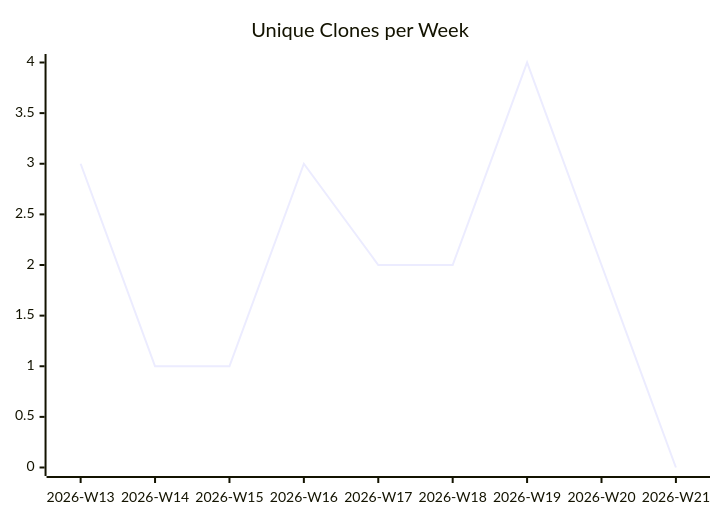
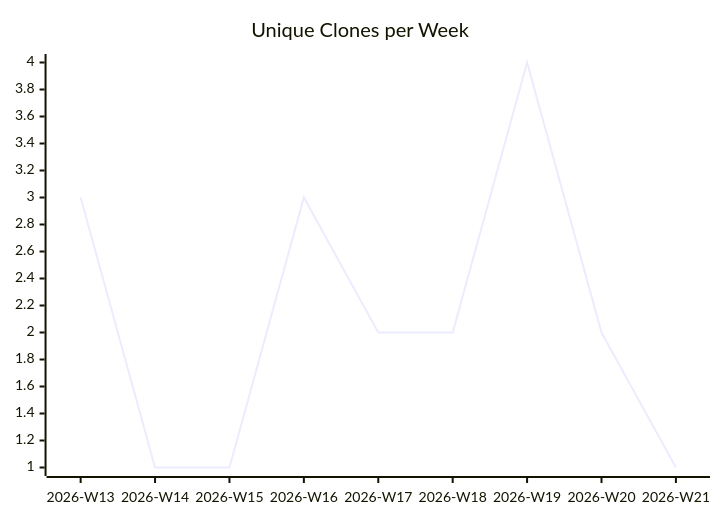
Before and after one commit to justdavis-family/github-analytics-data: the third of 3 diagrams in karlmdavis/perfect-note/README.md, drawn with Mermaid. The commit also changed other lines of this file and 189 other files, not shown here.

````diff
--- a/karlmdavis/perfect-note/README.md
+++ b/karlmdavis/perfect-note/README.md
@@ -19,6 +19,6 @@
 ```mermaid
 xychart-beta
   title "Unique Clones per Week"
   x-axis ["2026-W13", "2026-W14", "2026-W15", "2026-W16", "2026-W17", "2026-W18", "2026-W19", "2026-W20", "2026-W21"]
-  line [3, 1, 1, 3, 2, 2, 4, 2, 0]
+  line [3, 1, 1, 3, 2, 2, 4, 2, 1]
 ```
````
